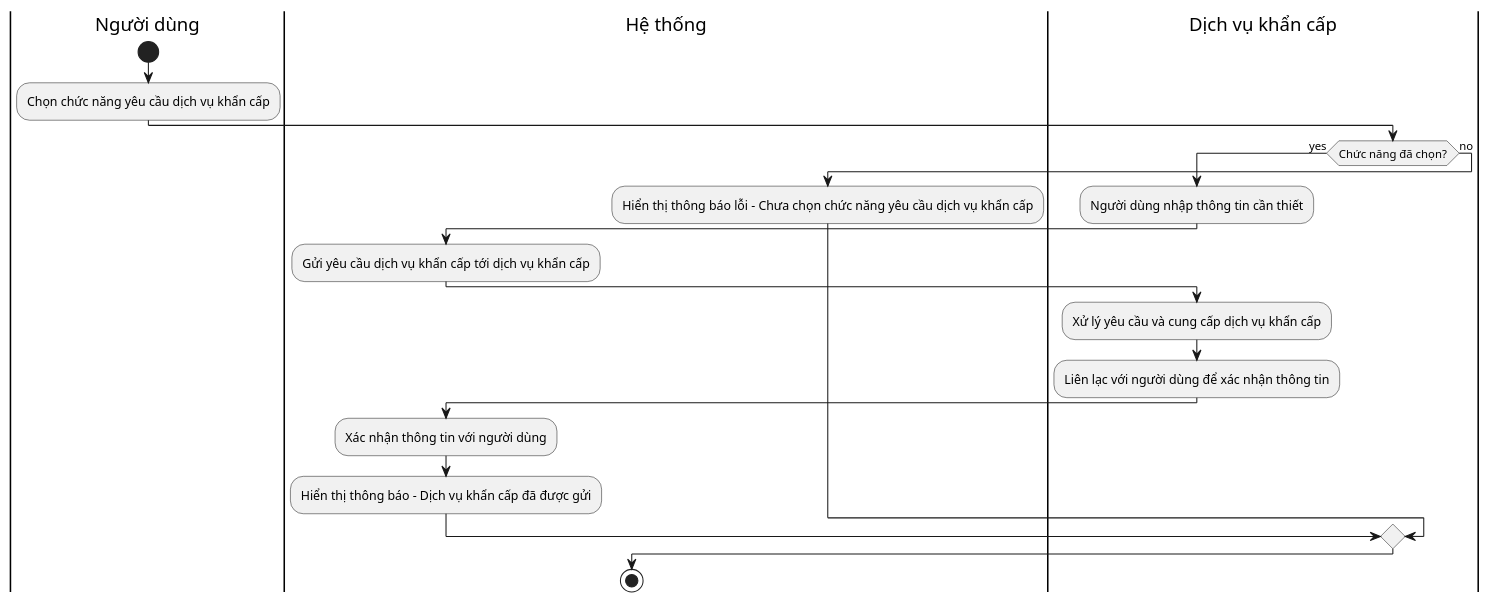
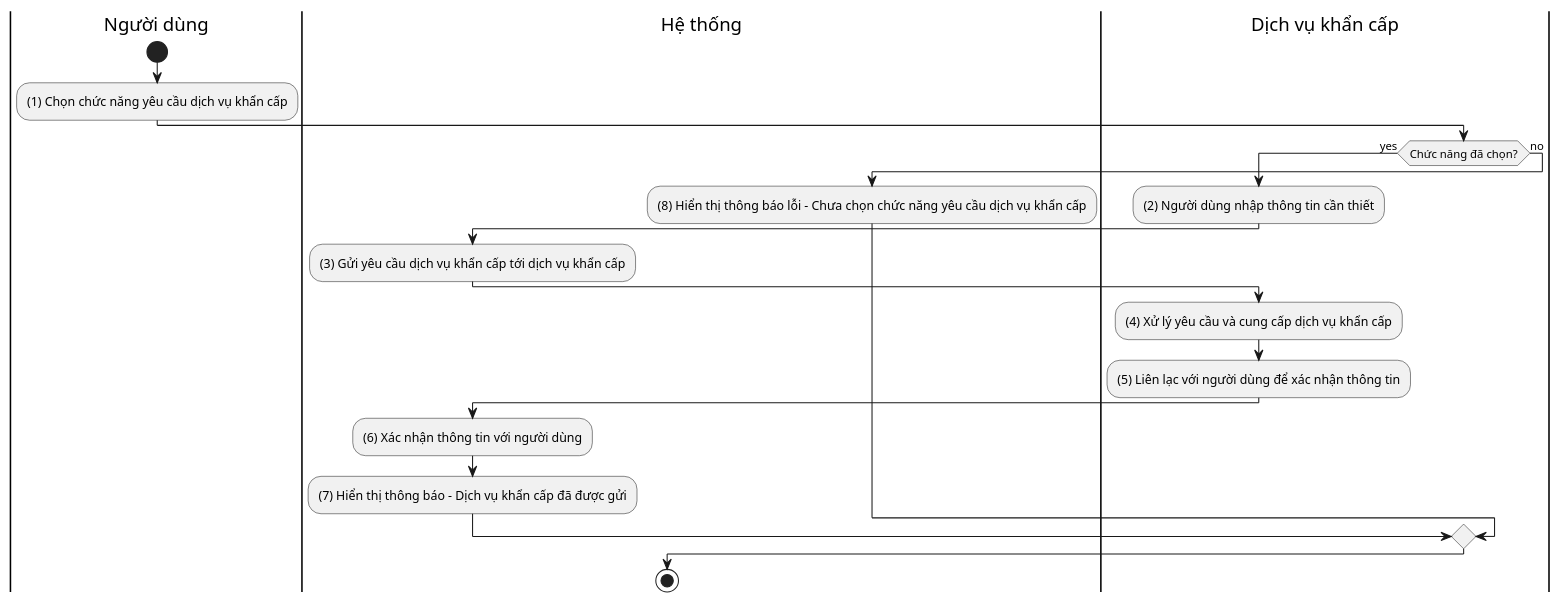
Before and after one commit to Khoitran0205/SE357-Pratice-class: the diagram in lab1.2/activity_diagrams/provideEmergencyServices.plantuml, drawn with PlantUML. The commit also changed 10 other files, not shown here.

```diff
--- a/lab1.2/activity_diagrams/provideEmergencyServices.plantuml
+++ b/lab1.2/activity_diagrams/provideEmergencyServices.plantuml
@@ -1,22 +1,22 @@
 @startuml provideEmergencyService_activity_diagram
 |Người dùng|
 start
-:Chọn chức năng yêu cầu dịch vụ khẩn cấp;
+:(1) Chọn chức năng yêu cầu dịch vụ khẩn cấp;
 |Hệ thống|
 |Dịch vụ khẩn cấp|
 if (Chức năng đã chọn?) then (yes)
-  :Người dùng nhập thông tin cần thiết;
+  :(2) Người dùng nhập thông tin cần thiết;
   |Hệ thống|
-  :Gửi yêu cầu dịch vụ khẩn cấp tới dịch vụ khẩn cấp;
+  :(3) Gửi yêu cầu dịch vụ khẩn cấp tới dịch vụ khẩn cấp;
   |Dịch vụ khẩn cấp|
-  :Xử lý yêu cầu và cung cấp dịch vụ khẩn cấp;
-  :Liên lạc với người dùng để xác nhận thông tin;
+  :(4) Xử lý yêu cầu và cung cấp dịch vụ khẩn cấp;
+  :(5) Liên lạc với người dùng để xác nhận thông tin;
   |Hệ thống|
-  :Xác nhận thông tin với người dùng;
-  :Hiển thị thông báo - Dịch vụ khẩn cấp đã được gửi;
+  :(6) Xác nhận thông tin với người dùng;
+  :(7) Hiển thị thông báo - Dịch vụ khẩn cấp đã được gửi;
 else (no)
-  :Hiển thị thông báo lỗi - Chưa chọn chức năng yêu cầu dịch vụ khẩn cấp;
+  :(8) Hiển thị thông báo lỗi - Chưa chọn chức năng yêu cầu dịch vụ khẩn cấp;
 endif
 
 stop
 @enduml
```
